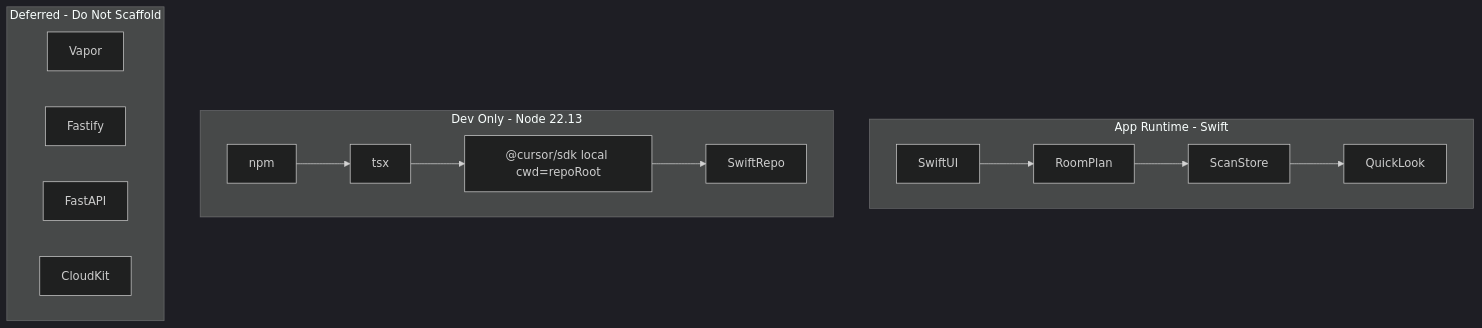
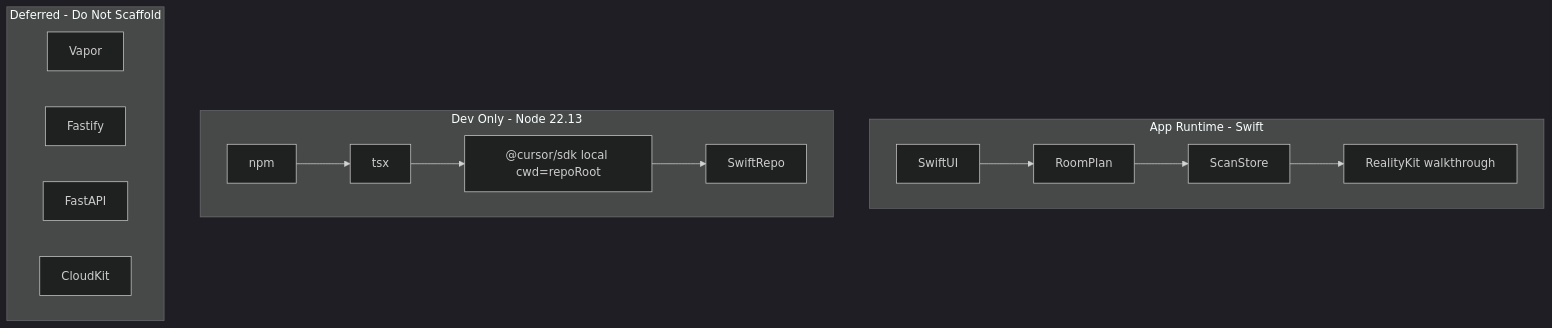
One commit to patlar104/SceneShift changed the first of 3 diagrams in docs/superpowers/plans/2026-08-18-sceneshift-bootstrap.md. Above: the diagram before and after it, drawn with Mermaid (dark theme). The commit also changed other lines of this file and 4 other files, not shown here.

First line of the commit message:
docs: retcon in-app preview to RealityKit walkthrough

````diff
--- a/docs/superpowers/plans/2026-08-18-sceneshift-bootstrap.md
+++ b/docs/superpowers/plans/2026-08-18-sceneshift-bootstrap.md
@@ -460,19 +462,19 @@
 ```mermaid
 flowchart TB
   subgraph runtime [App Runtime - Swift]
     SwiftUI --> RoomPlan
     RoomPlan --> ScanStore
-    ScanStore --> QuickLook
+    ScanStore --> RealityKitWalkthrough["RealityKit walkthrough"]
   end
   subgraph devonly [Dev Only - Node 22.13]
     npm --> tsx
     tsx --> CursorSDK["@cursor/sdk local cwd=repoRoot"]
     CursorSDK --> SwiftRepo
   end
   subgraph deferred [Deferred - Do Not Scaffold]
     Vapor
     Fastify
     FastAPI
     CloudKit
   end
 ```
````
